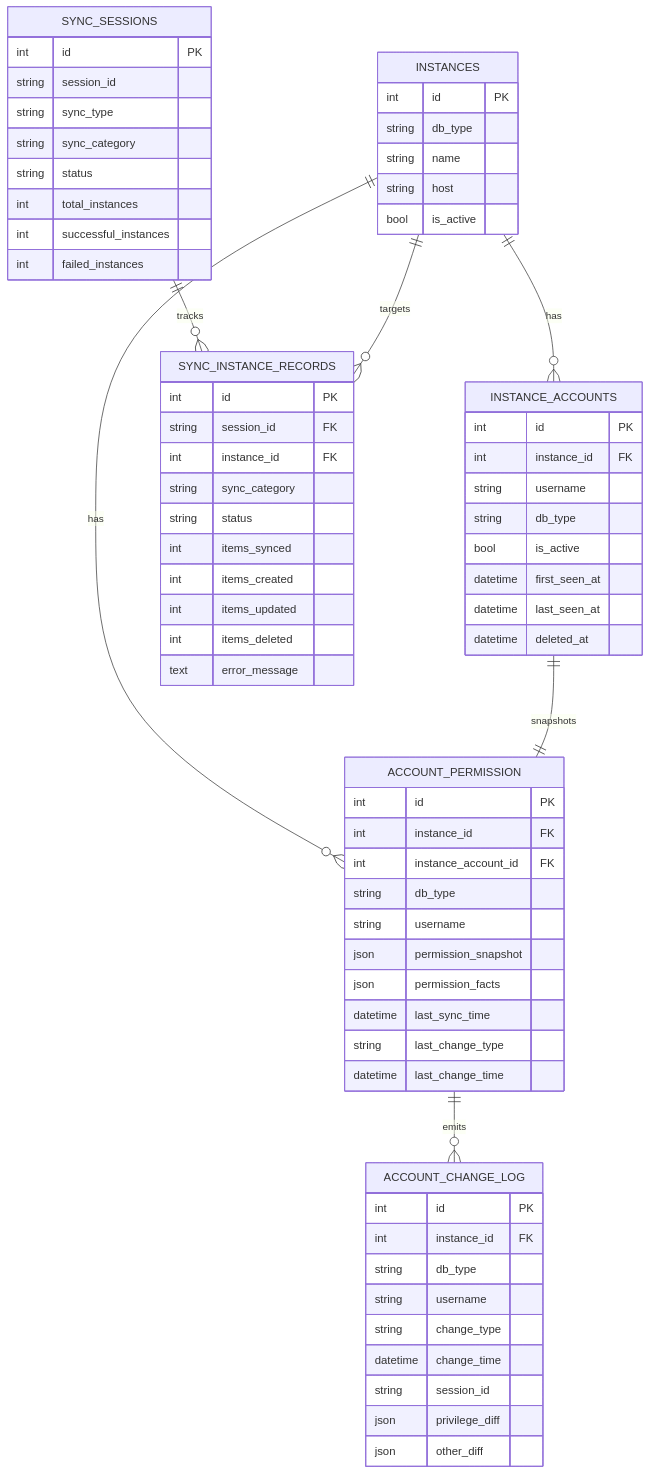
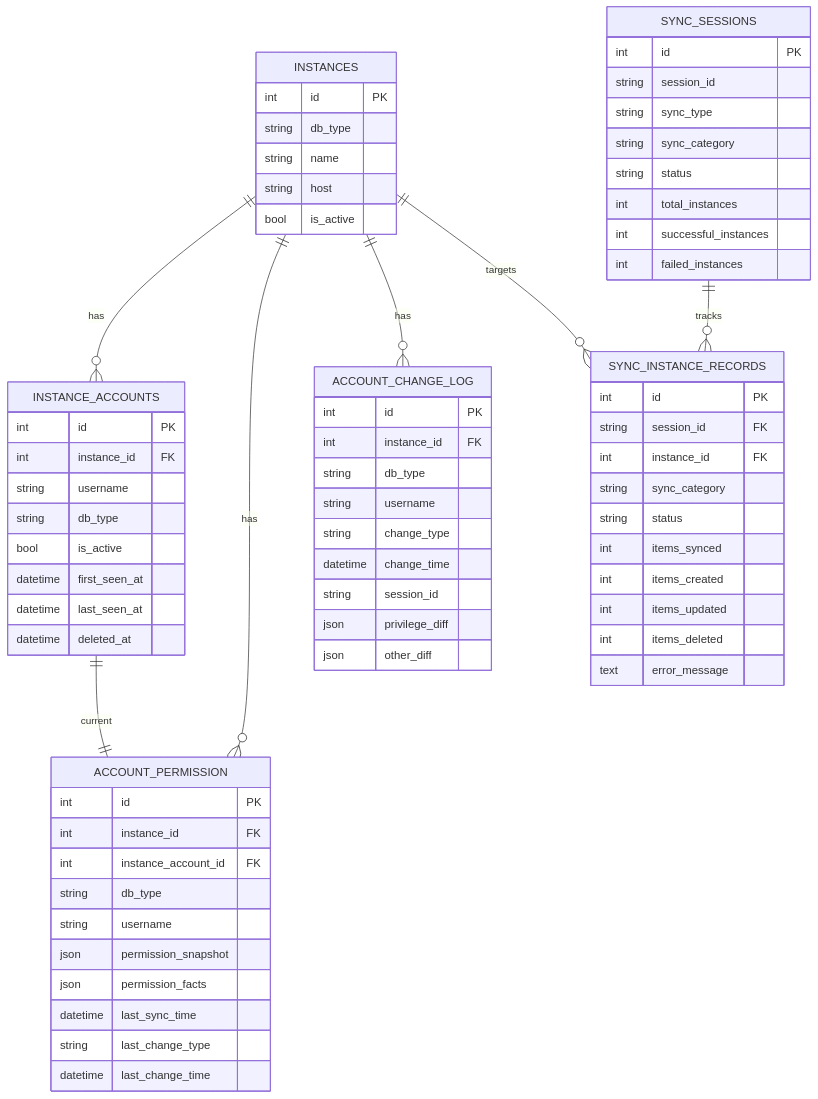
Before and after one commit to nyealovey/WhaleFall: the second of 11 diagrams in docs/architecture/accounts-permissions-domain.md, drawn with Mermaid. The commit also changed other lines of this file, not shown here.

````diff
--- a/docs/architecture/accounts-permissions-domain.md
+++ b/docs/architecture/accounts-permissions-domain.md
@@ -105,77 +148,77 @@
 ```mermaid
 erDiagram
   INSTANCES ||--o{ INSTANCE_ACCOUNTS : has
   INSTANCES ||--o{ ACCOUNT_PERMISSION : has
-  INSTANCE_ACCOUNTS ||--|| ACCOUNT_PERMISSION : snapshots
-  ACCOUNT_PERMISSION ||--o{ ACCOUNT_CHANGE_LOG : emits
+  INSTANCE_ACCOUNTS ||--|| ACCOUNT_PERMISSION : current
+  INSTANCES ||--o{ ACCOUNT_CHANGE_LOG : has
   SYNC_SESSIONS ||--o{ SYNC_INSTANCE_RECORDS : tracks
   INSTANCES ||--o{ SYNC_INSTANCE_RECORDS : targets
 
   INSTANCES {
     int id PK
     string db_type
     string name
     string host
     bool is_active
   }
 
   INSTANCE_ACCOUNTS {
     int id PK
     int instance_id FK
     string username
     string db_type
     bool is_active
     datetime first_seen_at
     datetime last_seen_at
     datetime deleted_at
   }
 
   ACCOUNT_PERMISSION {
     int id PK
     int instance_id FK
     int instance_account_id FK
     string db_type
     string username
     json permission_snapshot
     json permission_facts
     datetime last_sync_time
     string last_change_type
     datetime last_change_time
   }
 
   ACCOUNT_CHANGE_LOG {
     int id PK
     int instance_id FK
     string db_type
     string username
     string change_type
     datetime change_time
     string session_id
     json privilege_diff
     json other_diff
   }
 
   SYNC_SESSIONS {
     int id PK
     string session_id
     string sync_type
     string sync_category
     string status
     int total_instances
     int successful_instances
     int failed_instances
   }
 
   SYNC_INSTANCE_RECORDS {
     int id PK
     string session_id FK
     int instance_id FK
     string sync_category
     string status
     int items_synced
     int items_created
     int items_updated
     int items_deleted
     text error_message
   }
 ```
````
